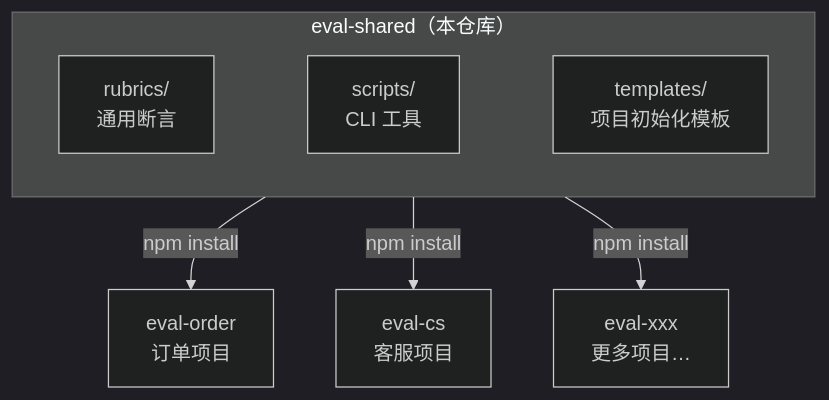
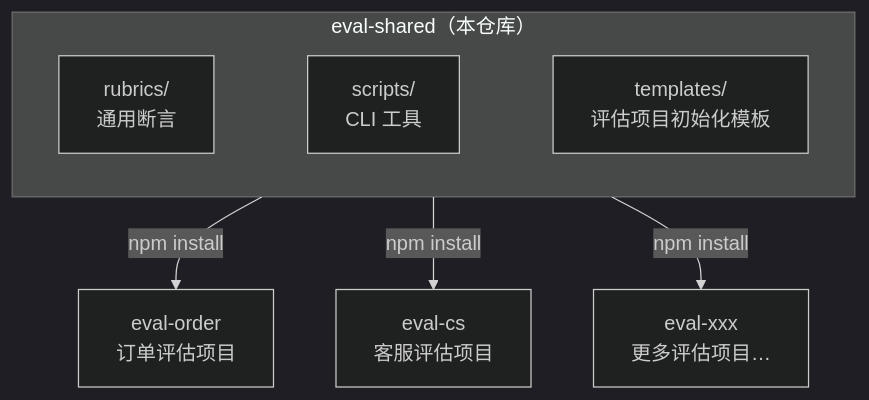
One commit to HaiYangBG1/eval-shared changed the diagram in README.md. Above: the diagram before and after it, drawn with Mermaid (dark theme). The commit also changed other lines of this file and 1 other file, not shown here.

````diff
--- a/README.md
+++ b/README.md
@@ -26,10 +44,10 @@
 ```mermaid
 graph TB
     subgraph shared["eval-shared（本仓库）"]
-        R["rubrics/<br/>通用断言"] ~~~ S["scripts/<br/>CLI 工具"] ~~~ T["templates/<br/>项目初始化模板"]
+        R["rubrics/<br/>通用断言"] ~~~ S["scripts/<br/>CLI 工具"] ~~~ T["templates/<br/>评估项目初始化模板"]
     end
 
-    shared -->|npm install| A["eval-order<br/>订单项目"]
-    shared -->|npm install| B["eval-cs<br/>客服项目"]
-    shared -->|npm install| C["eval-xxx<br/>更多项目…"]
+    shared -->|npm install| A["eval-order<br/>订单评估项目"]
+    shared -->|npm install| B["eval-cs<br/>客服评估项目"]
+    shared -->|npm install| C["eval-xxx<br/>更多评估项目…"]
 ```
````
